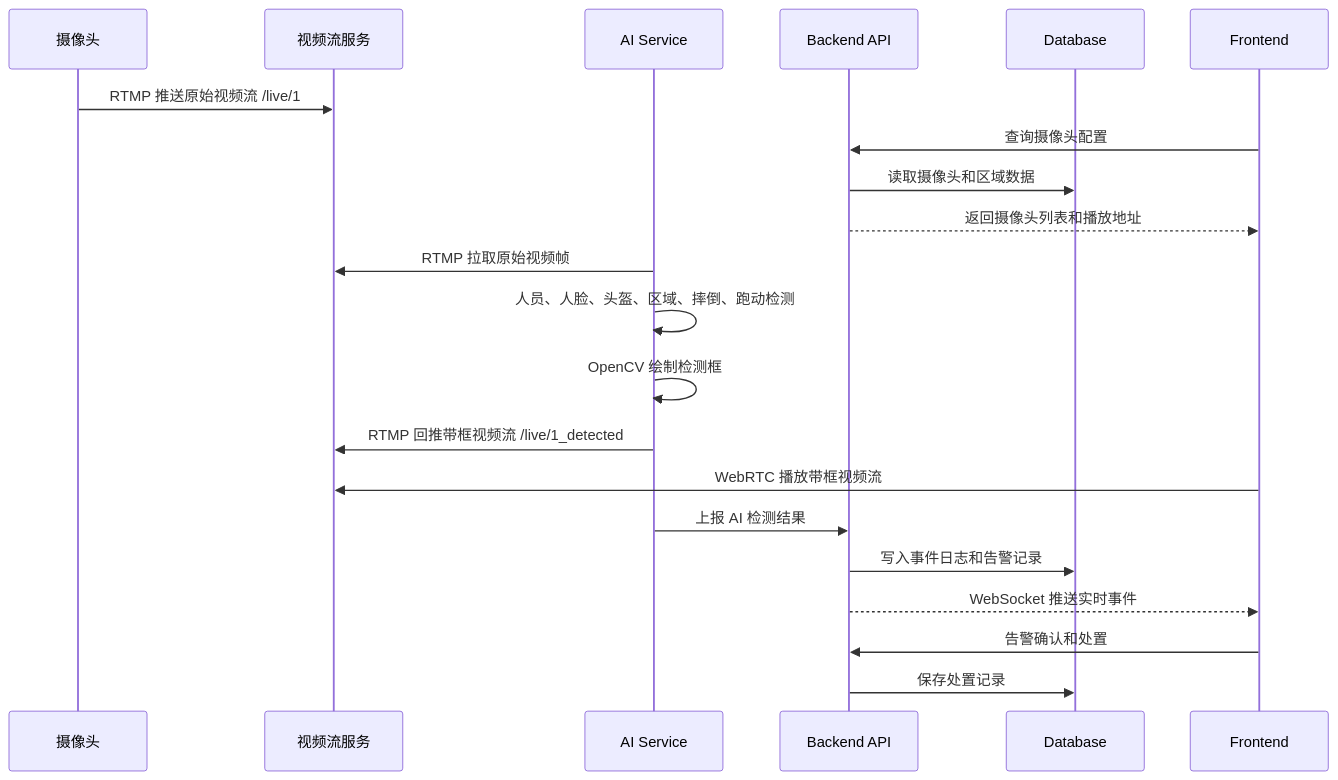
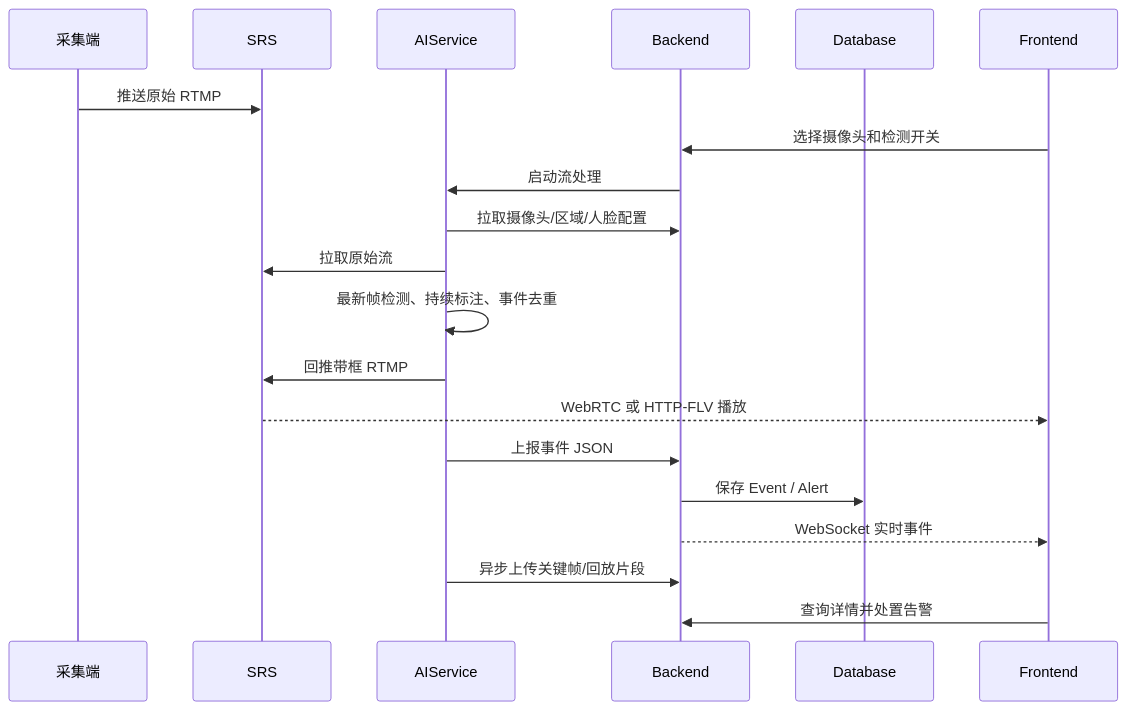
Before and after one commit to YuzhSong/FactoryVision: the second of 3 diagrams in docs/03-architecture-design.md, drawn with Mermaid. The commit also changed other lines of this file and 86 other files, not shown here.

````diff
--- a/docs/03-architecture-design.md
+++ b/docs/03-architecture-design.md
@@ -46,24 +31,23 @@
 ```mermaid
 sequenceDiagram
-    participant C as 摄像头
-    participant S as 视频流服务
-    participant A as AI Service
-    participant B as Backend API
+    participant C as 采集端
+    participant S as SRS
+    participant A as AIService
+    participant B as Backend
     participant D as Database
     participant F as Frontend
 
-    C->>S: RTMP 推送原始视频流 /live/1
-    F->>B: 查询摄像头配置
-    B->>D: 读取摄像头和区域数据
-    B-->>F: 返回摄像头列表和播放地址
-    A->>S: RTMP 拉取原始视频帧
-    A->>A: 人员、人脸、头盔、区域、摔倒、跑动检测
-    A->>A: OpenCV 绘制检测框
-    A->>S: RTMP 回推带框视频流 /live/1_detected
-    F->>S: WebRTC 播放带框视频流
-    A->>B: 上报 AI 检测结果
-    B->>D: 写入事件日志和告警记录
-    B-->>F: WebSocket 推送实时事件
-    F->>B: 告警确认和处置
-    B->>D: 保存处置记录
+    C->>S: 推送原始 RTMP
+    F->>B: 选择摄像头和检测开关
+    B->>A: 启动流处理
+    A->>B: 拉取摄像头/区域/人脸配置
+    A->>S: 拉取原始流
+    A->>A: 最新帧检测、持续标注、事件去重
+    A->>S: 回推带框 RTMP
+    S-->>F: WebRTC 或 HTTP-FLV 播放
+    A->>B: 上报事件 JSON
+    B->>D: 保存 Event / Alert
+    B-->>F: WebSocket 实时事件
+    A->>B: 异步上传关键帧/回放片段
+    F->>B: 查询详情并处置告警
 ```
````
